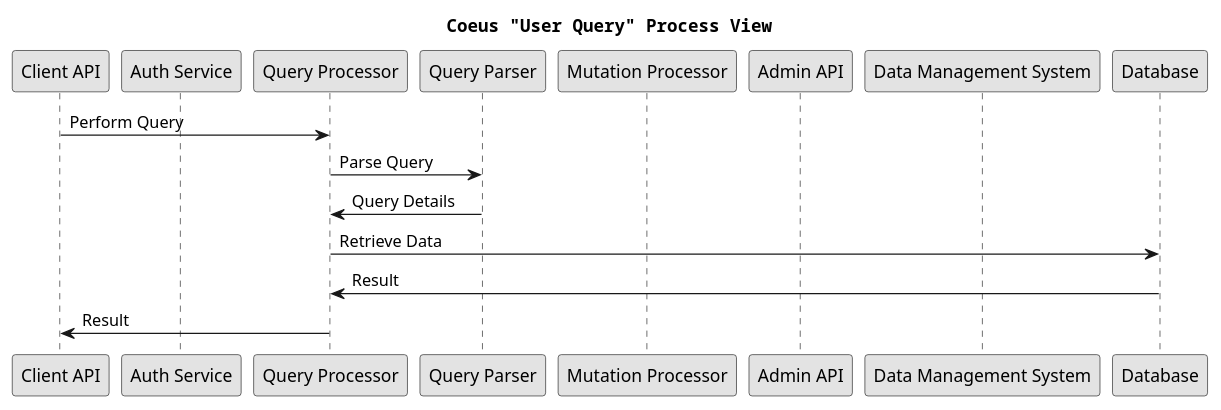
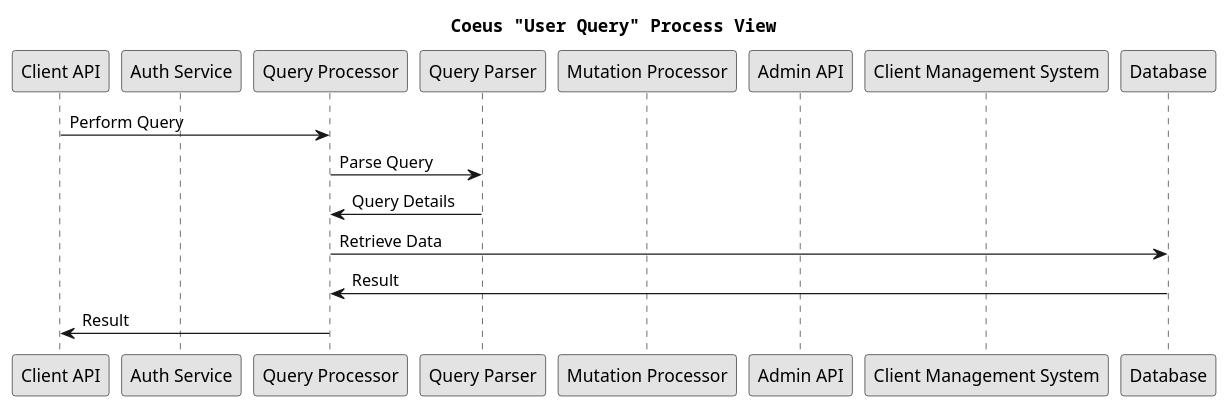
One commit to USI-MSDE-SA-2022/software-architecture-model-Annonymus-v02 changed diagram 15 of 17 in src/sa/model/index.md. Above: the diagram before and after it, drawn with PlantUML. The commit also changed other lines of this file, not shown here.

````diff
--- a/src/sa/model/index.md
+++ b/src/sa/model/index.md
@@ -735,25 +733,25 @@
 ```puml
 @startuml
 title Coeus "User Query" Process View
 
 participant "Client API" as CAPI
 participant "Auth Service" as AUTH
 participant "Query Processor" as PROC
 participant "Query Parser" as PARSE
 participant "Mutation Processor" as MUT
 participant "Admin API" as ADM_API
-participant "Data Management System" as ADM
+participant "Client Management System" as ADM
 participant "Database" as DB
 
 CAPI -> PROC: Perform Query
 PROC -> PARSE: Parse Query
 PROC <- PARSE: Query Details
 PROC -> DB: Retrieve Data
 PROC <- DB: Result
 CAPI <- PROC: Result
 
 skinparam monochrome true
 skinparam shadowing false
 skinparam defaultFontName Courier
 @enduml
 ```
````
